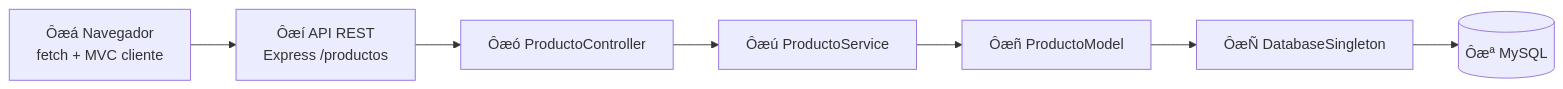
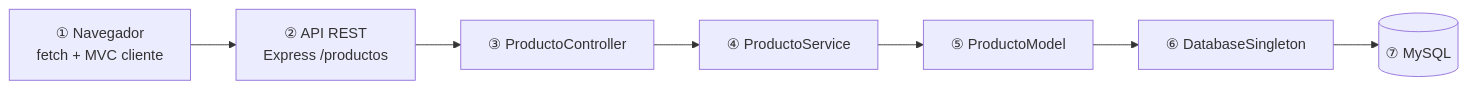
Before and after one commit to Fermaster19/Parcial1-Aguirre-Albano-Windholz-Ingenieria-: the diagram in README.md, drawn with Mermaid. The commit also changed other lines of this file, not shown here.

````diff
--- a/README.md
+++ b/README.md
@@ -154,12 +153,12 @@
 ```mermaid
 flowchart LR
-    A["Ôæá Navegador<br/>fetch + MVC cliente"]
-    B["Ôæí API REST<br/>Express /productos"]
-    C["Ôæó ProductoController"]
-    D["Ôæú ProductoService"]
-    E["Ôæñ ProductoModel"]
-    F["ÔæÑ DatabaseSingleton"]
-    G[("Ôæª MySQL")]
+    A["① Navegador<br/>fetch + MVC cliente"]
+    B["② API REST<br/>Express /productos"]
+    C["③ ProductoController"]
+    D["④ ProductoService"]
+    E["⑤ ProductoModel"]
+    F["⑥ DatabaseSingleton"]
+    G[("⑦ MySQL")]
 
     A --> B --> C --> D --> E --> F --> G
 ```
````
